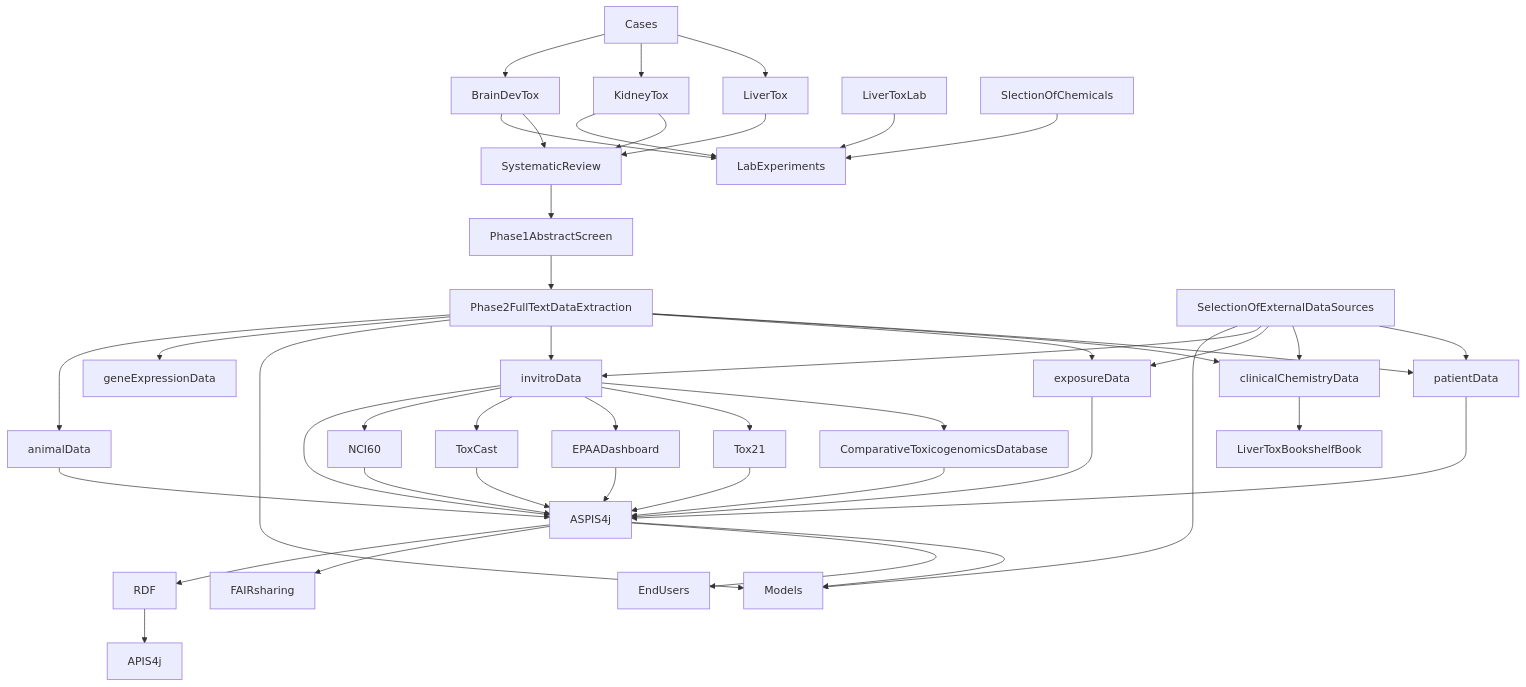
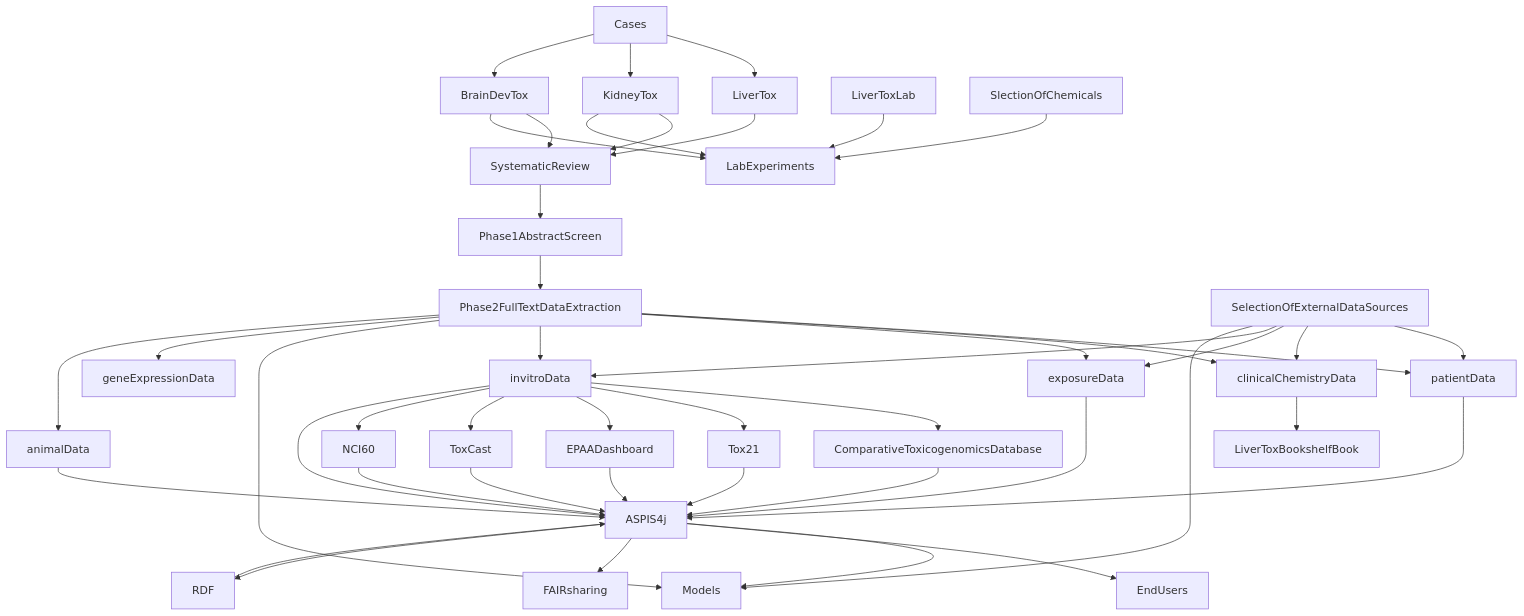
One commit to ontox-hu/workflows changed the diagram in dataCollection.md. Above: the diagram before and after it, drawn with Mermaid.

````diff
--- a/dataCollection.md
+++ b/dataCollection.md
@@ -1,56 +1,56 @@
 ```mermaid
 graph TD
   Cases-->LiverTox
   Cases-->KidneyTox
   Cases-->BrainDevTox
   
   LiverTox-->SystematicReview
   KidneyTox-->SystematicReview
   BrainDevTox-->SystematicReview
   
   SystematicReview-->Phase1AbstractScreen
   Phase1AbstractScreen-->Phase2FullTextDataExtraction
   
   Phase2FullTextDataExtraction-->patientData
   Phase2FullTextDataExtraction-->clinicalChemistryData
   Phase2FullTextDataExtraction-->exposureData
   Phase2FullTextDataExtraction-->invitroData
   Phase2FullTextDataExtraction-->Models
   Phase2FullTextDataExtraction-->geneExpressionData
   Phase2FullTextDataExtraction-->animalData
   
   SelectionOfExternalDataSources-->patientData
   SelectionOfExternalDataSources-->clinicalChemistryData
   SelectionOfExternalDataSources-->exposureData
   SelectionOfExternalDataSources-->invitroData
   SelectionOfExternalDataSources-->Models
   
   LiverToxLab-->LabExperiments
   KidneyTox-->LabExperiments
   BrainDevTox-->LabExperiments
   
   SlectionOfChemicals-->LabExperiments
   
   invitroData-->ComparativeToxicogenomicsDatabase
   ComparativeToxicogenomicsDatabase-->ASPIS4j
   invitroData-->Tox21
   invitroData-->EPAADashboard
   invitroData-->ToxCast
   invitroData-->NCI60
   
   clinicalChemistryData-->LiverToxBookshelfBook
  
   Tox21-->ASPIS4j
   ToxCast-->ASPIS4j
   NCI60-->ASPIS4j
   EPAADashboard-->ASPIS4j
   animalData-->ASPIS4j
   patientData-->ASPIS4j
   invitroData-->ASPIS4j
   exposureData-->ASPIS4j
   ASPIS4j-->Models
   ASPIS4j-->EndUsers
   ASPIS4j-->FAIRsharing
   ASPIS4j-->RDF
-  RDF-->APIS4j
+  RDF-->ASPIS4j
 ```
````
